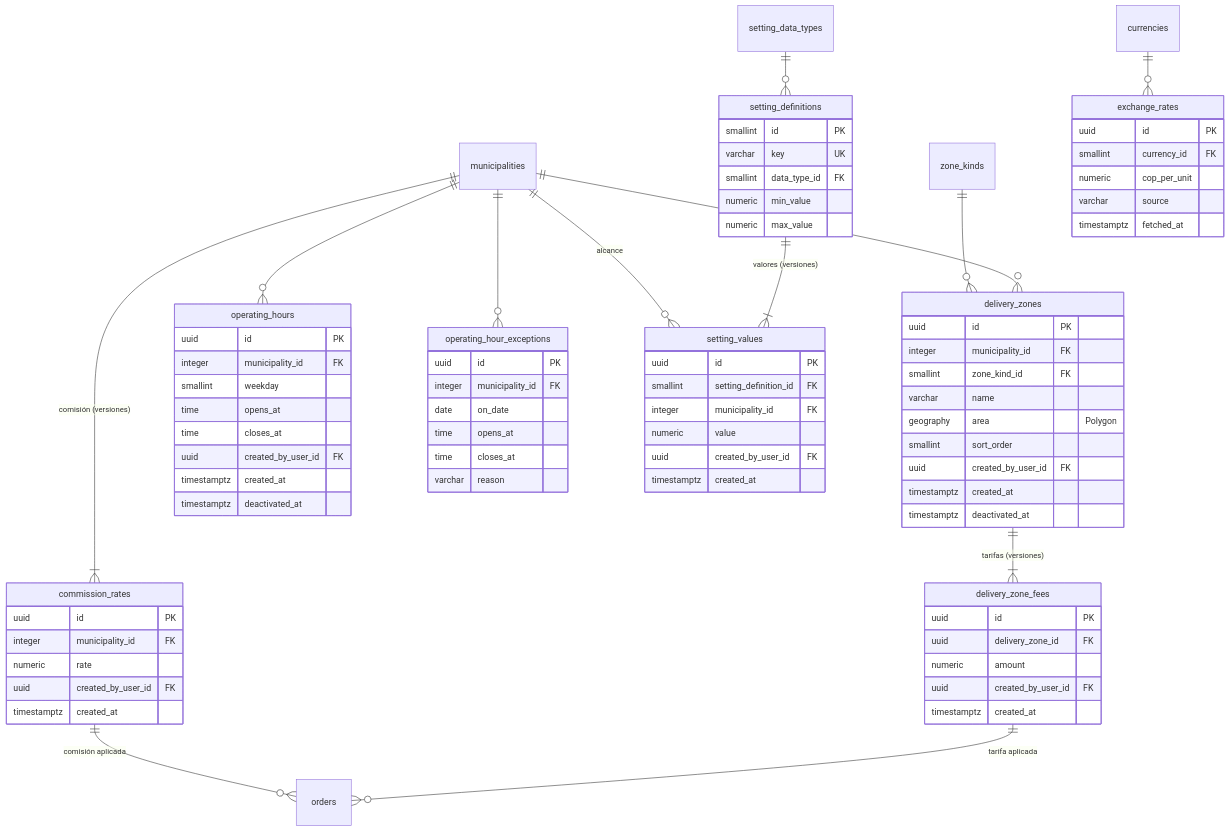
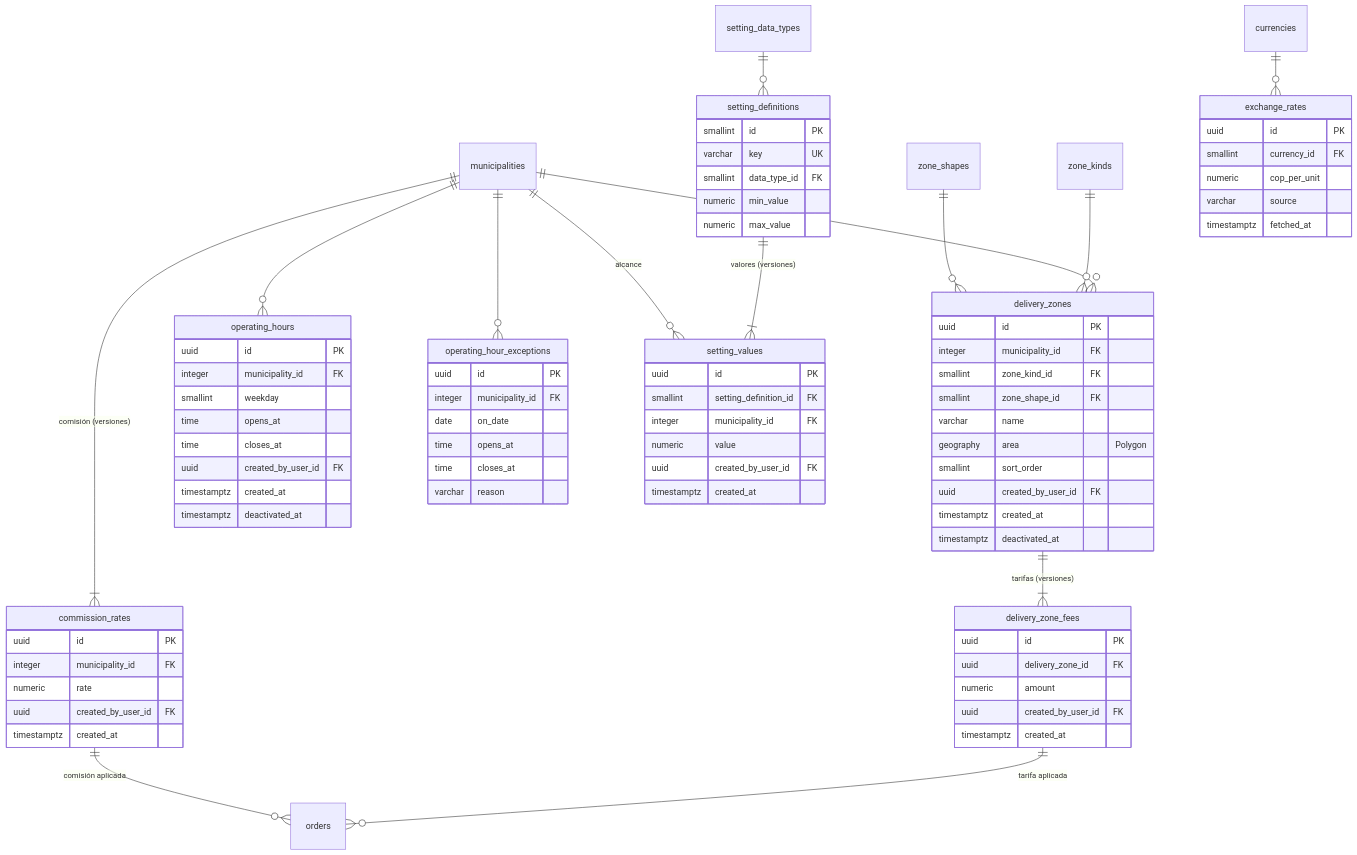
The diagram in Docs/14-base-de-datos/E03-zonas-horario-configuracion.md (Yadirtf/RapiChonta), drawn with Mermaid before and after one commit. The commit also changed other lines of this file and 3 other files, not shown here.

```diff
--- a/Docs/14-base-de-datos/E03-zonas-horario-configuracion.md
+++ b/Docs/14-base-de-datos/E03-zonas-horario-configuracion.md
@@ -10,6 +10,7 @@
 erDiagram
   municipalities ||--o{ delivery_zones : ""
   zone_kinds ||--o{ delivery_zones : ""
+  zone_shapes ||--o{ delivery_zones : ""
   delivery_zones ||--|{ delivery_zone_fees : "tarifas (versiones)"
   delivery_zone_fees ||--o{ orders : "tarifa aplicada"
   municipalities ||--o{ operating_hours : ""
@@ -25,6 +26,7 @@
     uuid id PK
     integer municipality_id FK
     smallint zone_kind_id FK
+    smallint zone_shape_id FK
     varchar name
     geography area "Polygon"
     smallint sort_order
```
